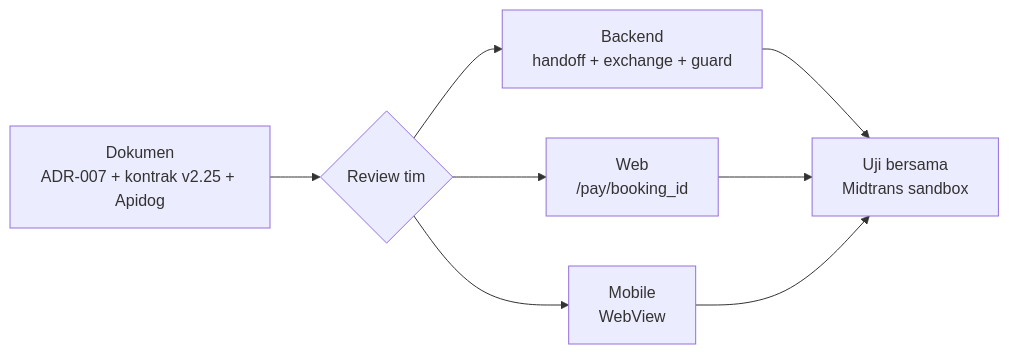
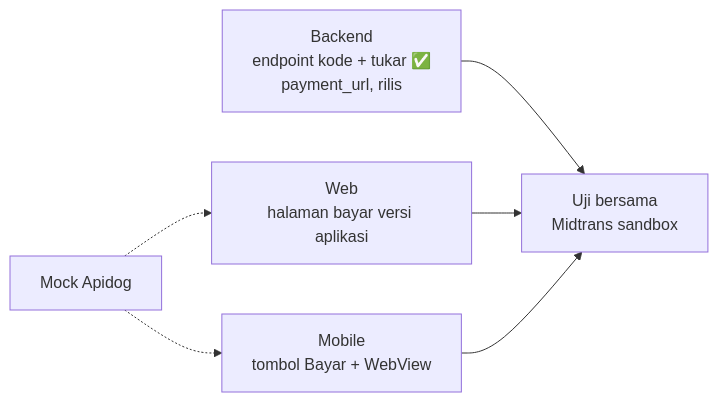
The third of 5 diagrams in adr/ADR-007-mobile-webview-payment-handoff.md (PTServerJanganTumbang-BookingTicket/documentations), drawn with Mermaid before and after one commit. The commit also changed other lines of this file and 2 other files, not shown here.

Commit message:
[erma] revise changes for mobile and web flow

````diff
--- a/adr/ADR-007-mobile-webview-payment-handoff.md
+++ b/adr/ADR-007-mobile-webview-payment-handoff.md
@@ -139,10 +154,8 @@
 ```mermaid
 flowchart LR
-    D[Dokumen<br/>ADR-007 + kontrak v2.25 + Apidog] --> R{Review tim}
-    R --> BE[Backend<br/>handoff + exchange + guard]
-    R --> WEB[Web<br/>/pay/booking_id]
-    R --> MOB[Mobile<br/>WebView]
-    BE --> E2E[Uji bersama<br/>Midtrans sandbox]
-    WEB --> E2E
-    MOB --> E2E
+    MOCK["Mock Apidog"] -.-> WEB
+    MOCK -.-> MOB
+    BE["Backend<br/>endpoint kode + tukar ✅<br/>payment_url, rilis"] --> E2E["Uji bersama<br/>Midtrans sandbox"]
+    WEB["Web<br/>halaman bayar versi aplikasi"] --> E2E
+    MOB["Mobile<br/>tombol Bayar + WebView"] --> E2E
 ```
````
